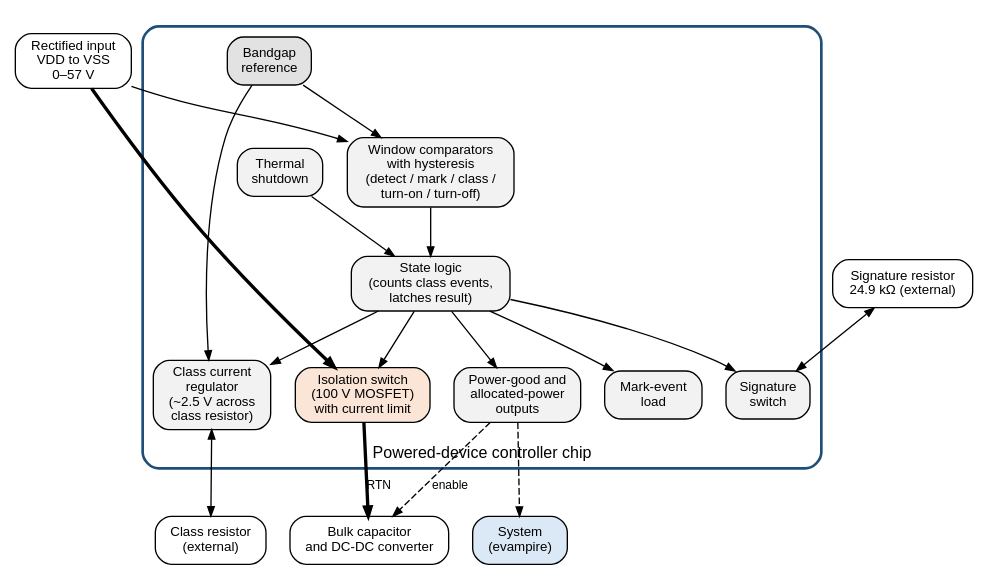
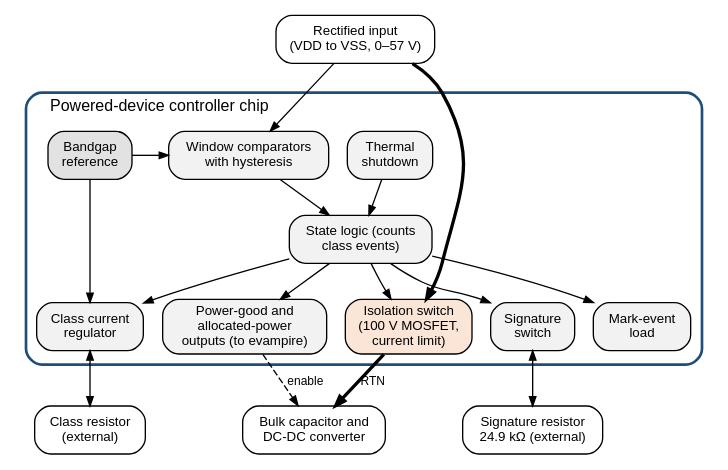
Before and after one commit to mithro/evampire: the diagram in docs/power/poe/pd-controller.dot, drawn with Graphviz. The commit also changed 5 other files, not shown here.

First line of the commit message:
Fit the Power over Ethernet diagrams to the page width

```diff
--- a/docs/power/poe/pd-controller.dot
+++ b/docs/power/poe/pd-controller.dot
@@ -1,52 +1,53 @@
 // Analog blocks inside a typical powered-device controller chip.
 // Bold arrows: power path. Thin arrows: control. Dashed: outputs.
 //
 // SPDX-License-Identifier: Apache-2.0
 
 digraph pd_controller {
-    graph [rankdir=TB, fontname="Helvetica", fontsize=12, nodesep=0.25,
-           ranksep=0.5, newrank=true];
+    graph [rankdir=TB, fontname="Helvetica", fontsize=12, nodesep=0.2,
+           ranksep=0.35, newrank=true];
     node  [shape=box, style="rounded,filled", fillcolor="#f2f2f2",
            fontname="Helvetica", fontsize=10];
     edge  [fontname="Helvetica", fontsize=9, arrowsize=0.7];
 
-    vin  [label="Rectified input\nVDD to VSS\n0–57 V", fillcolor="#ffffff"];
-    rdet [label="Signature resistor\n24.9 kΩ (external)", fillcolor="#ffffff"];
-    rcls [label="Class resistor\n(external)", fillcolor="#ffffff"];
-    cbulk [label="Bulk capacitor\nand DC-DC converter", fillcolor="#ffffff"];
-    sys  [label="System\n(evampire)", fillcolor="#dbe8f5"];
+    vin   [label="Rectified input\n(VDD to VSS, 0–57 V)", fillcolor="#ffffff"];
+    rdet  [label="Signature resistor\n24.9 kΩ (external)", fillcolor="#ffffff"];
+    rcls  [label="Class resistor\n(external)", fillcolor="#ffffff"];
+    cbulk [label="Bulk capacitor and\nDC-DC converter", fillcolor="#ffffff"];
 
     subgraph cluster_ic {
-        label="Powered-device controller chip"; labelloc="b"; style="rounded,bold";
-        color="#1f4e79";
+        label="Powered-device controller chip"; labelloc="t"; labeljust="l";
+        style="rounded,bold"; color="#1f4e79";
 
-        ref   [label="Bandgap\nreference", fillcolor="#e2e2e2"];
-        cmp   [label="Window comparators\nwith hysteresis\n(detect / mark / class /\nturn-on / turn-off)"];
-        fsm   [label="State logic\n(counts class events,\nlatches result)"];
-        detsw [label="Signature\nswitch"];
-        markr [label="Mark-event\nload"];
-        clsreg [label="Class current\nregulator\n(~2.5 V across\nclass resistor)"];
-        hs    [label="Isolation switch\n(100 V MOSFET)\nwith current limit", fillcolor="#fbe5d6"];
-        otsd  [label="Thermal\nshutdown"];
-        pg    [label="Power-good and\nallocated-power\noutputs"];
+        ref    [label="Bandgap\nreference", fillcolor="#e2e2e2"];
+        cmp    [label="Window comparators\nwith hysteresis"];
+        otsd   [label="Thermal\nshutdown"];
+        fsm    [label="State logic (counts\nclass events)"];
+        detsw  [label="Signature\nswitch"];
+        markr  [label="Mark-event\nload"];
+        clsreg [label="Class current\nregulator"];
+        hs     [label="Isolation switch\n(100 V MOSFET,\ncurrent limit)", fillcolor="#fbe5d6"];
+        pg     [label="Power-good and\nallocated-power\noutputs (to evampire)"];
     }
 
-    { rank=same; detsw; markr; clsreg; hs; }
+    { rank=same; ref; cmp; otsd; }
+    { rank=same; detsw; markr; clsreg; }
+    { rank=same; hs; pg; }
+    { rank=same; rdet; rcls; cbulk; }
 
     vin  -> cmp;
+    vin  -> hs    [penwidth=2.5];
     ref  -> cmp;
-    ref  -> clsreg;
+    otsd -> fsm;
     cmp  -> fsm;
     fsm  -> detsw;
     fsm  -> markr;
     fsm  -> clsreg;
     fsm  -> hs;
     fsm  -> pg;
-    otsd -> fsm;
-    rdet -> detsw [dir=both];
+    ref  -> clsreg;
+    detsw -> rdet  [dir=both];
     clsreg -> rcls [dir=both];
-    vin  -> hs    [penwidth=2.5];
-    hs   -> cbulk [penwidth=2.5, label="RTN"];
-    pg   -> sys   [style=dashed];
-    pg   -> cbulk [style=dashed, label="enable"];
+    hs   -> cbulk  [penwidth=2.5, label="RTN"];
+    pg   -> cbulk  [style=dashed, label="enable"];
 }
```
